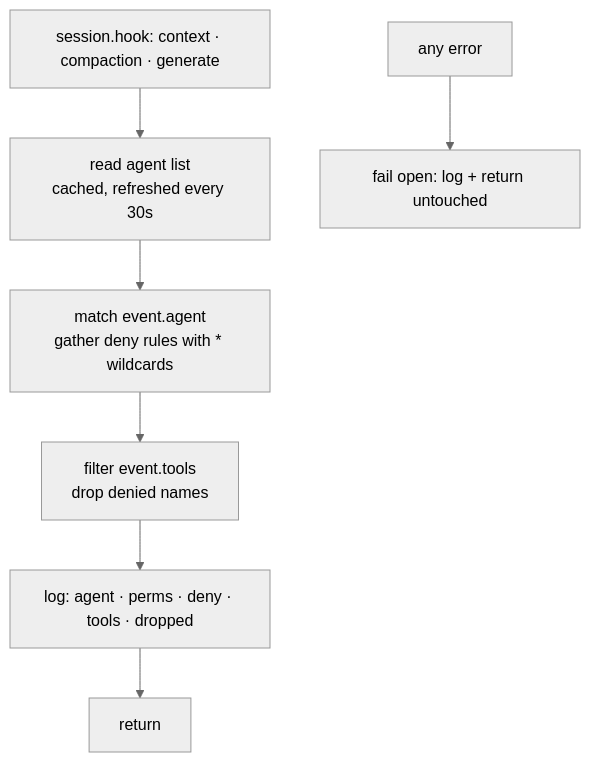
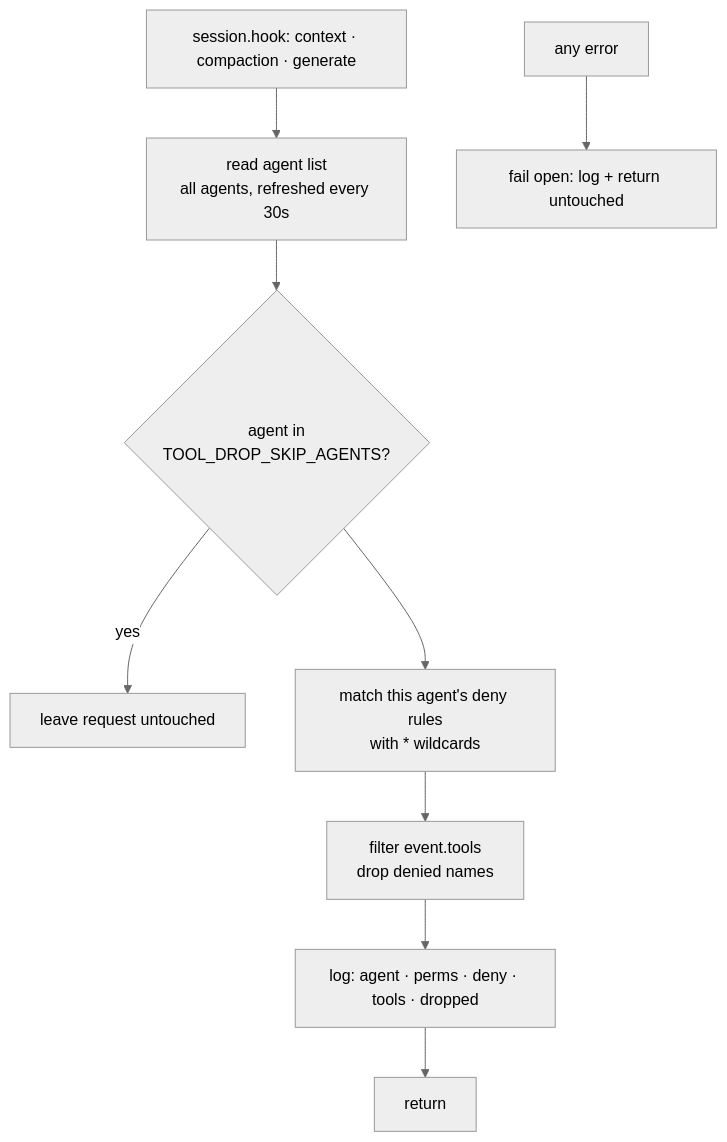
The second of 2 diagrams in README.md (abdullah1116/opencode-tool-drop), drawn with Mermaid (neutral theme) before and after one commit. The commit also changed other lines of this file and 1 other file, not shown here.

Commit message:
feat: env-configurable log path + TOOL_DROP_SKIP_AGENTS exclusion; no hardcoded agent or /home path

````diff
--- a/README.md
+++ b/README.md
@@ -65,9 +65,11 @@
 ```mermaid
 flowchart TD
-    S[session.hook: context · compaction · generate] --> L[read agent list<br/>cached, refreshed every 30s]
-    L --> M[match event.agent<br/>gather deny rules with * wildcards]
+    S[session.hook: context · compaction · generate] --> L[read agent list<br/>all agents, refreshed every 30s]
+    L --> K{agent in<br/>TOOL_DROP_SKIP_AGENTS?}
+    K -->|yes| N[leave request untouched]
+    K --> M[match this agent's deny rules<br/>with * wildcards]
     M --> F[filter event.tools<br/>drop denied names]
     F --> G[log: agent · perms · deny · tools · dropped]
     G --> Z[return]
     E1[any error] --> X[fail open: log + return untouched]
 ```
````
